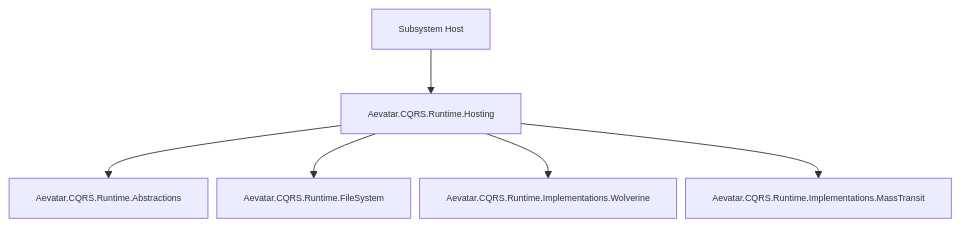
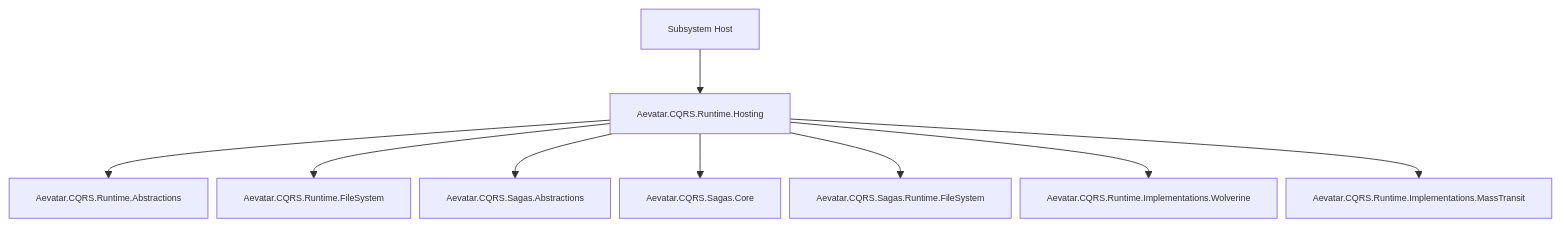
Before and after one commit to aevatarAI/aevatar: the third of 5 diagrams in docs/PROJECT_ARCHITECTURE.md, drawn with Mermaid. The commit also changed other lines of this file and 112 other files, not shown here.

First line of the commit message:
Enhance Aevatar architecture with Saga support and CI improvements

````diff
--- a/docs/PROJECT_ARCHITECTURE.md
+++ b/docs/PROJECT_ARCHITECTURE.md
@@ -53,9 +53,12 @@
 ```mermaid
 %%{init: {"maxTextSize": 100000, "flowchart": {"useMaxWidth": false, "nodeSpacing": 10, "rankSpacing": 50}, "themeVariables": {"fontSize": "10px"}}}%%
 flowchart TB
     Host["Subsystem Host"] --> RH["Aevatar.CQRS.Runtime.Hosting"]
     RH --> RA["Aevatar.CQRS.Runtime.Abstractions"]
     RH --> RF["Aevatar.CQRS.Runtime.FileSystem"]
+    RH --> SA["Aevatar.CQRS.Sagas.Abstractions"]
+    RH --> SC["Aevatar.CQRS.Sagas.Core"]
+    RH --> SF["Aevatar.CQRS.Sagas.Runtime.FileSystem"]
     RH --> RW["Aevatar.CQRS.Runtime.Implementations.Wolverine"]
     RH --> RM["Aevatar.CQRS.Runtime.Implementations.MassTransit"]
 ```
````
